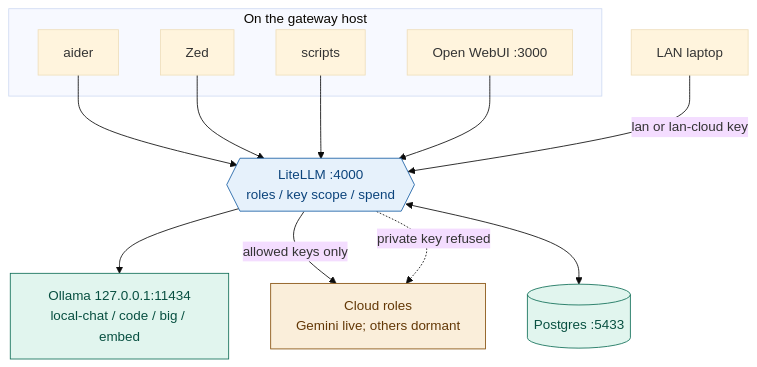
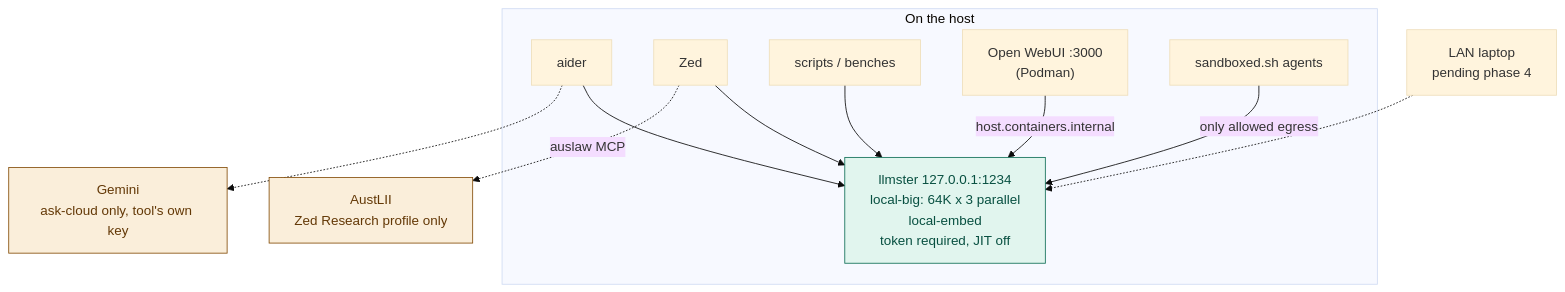
One commit to ouster/hearth changed the diagram in docs/ARCHITECTURE.md. Above: the diagram before and after it, drawn with Mermaid (base theme). The commit also changed other lines of this file and 21 other files, not shown here.

````diff
--- a/docs/ARCHITECTURE.md
+++ b/docs/ARCHITECTURE.md
@@ -8,36 +9,29 @@
 ```mermaid
 flowchart TB
-    subgraph onHost["On the gateway host"]
+    subgraph onHost["On the host"]
         aider["aider"]
         zed["Zed"]
-        scripts["scripts"]
-        webui["Open WebUI :3000"]
+        scripts["scripts / benches"]
+        webui["Open WebUI :3000<br/>(Podman)"]
+        sbx["sandboxed.sh agents"]
+        lms["llmster 127.0.0.1:1234<br/>local-big: 64K x 3 parallel<br/>local-embed<br/>token required, JIT off"]
     end
 
-    laptop["LAN laptop"]
+    laptop["LAN laptop<br/>pending phase 4"]
+    cloud["Gemini<br/>ask-cloud only, tool's own key"]
+    austlii["AustLII<br/>Zed Research profile only"]
 
-    gw{{"LiteLLM :4000<br/>roles / key scope / spend"}}
-    pg[("Postgres :5433")]
-
-    ollama["Ollama 127.0.0.1:11434<br/>local-chat / code / big / embed"]
-    cloud["Cloud roles<br/>Gemini live; others dormant"]
-
-    aider --> gw
-    zed --> gw
-    scripts --> gw
-    webui --> gw
-    laptop -->|"lan or lan-cloud key"| gw
-
-    gw --> ollama
-    gw -->|"allowed keys only"| cloud
-    gw -.->|"private key refused"| cloud
-    gw <--> pg
+    aider --> lms
+    zed --> lms
+    scripts --> lms
+    webui -->|"host.containers.internal"| lms
+    sbx -->|"only allowed egress"| lms
+    laptop -.-> lms
+    aider -.-> cloud
+    zed -.->|"auslaw MCP"| austlii
 
     classDef localCls fill:#E1F5EE,stroke:#0F6E56,color:#085041
-    classDef cloudCls fill:#FAEEDA,stroke:#854F0B,color:#633806
-    classDef gwCls fill:#E6F1FB,stroke:#185FA5,color:#0C447C
-
-    class ollama,pg localCls
-    class cloud cloudCls
-    class gw gwCls
+    classDef leaveCls fill:#FAEEDA,stroke:#854F0B,color:#633806
+    class lms localCls
+    class cloud,austlii leaveCls
 ```
````
